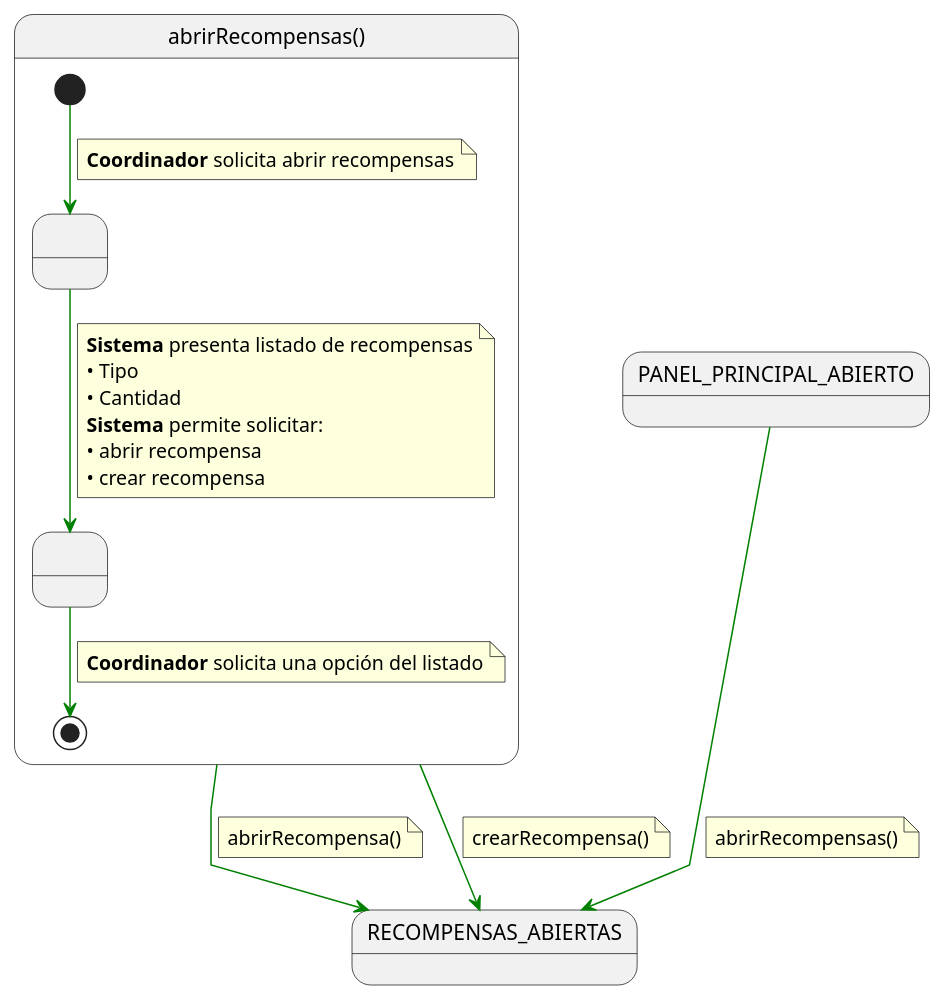
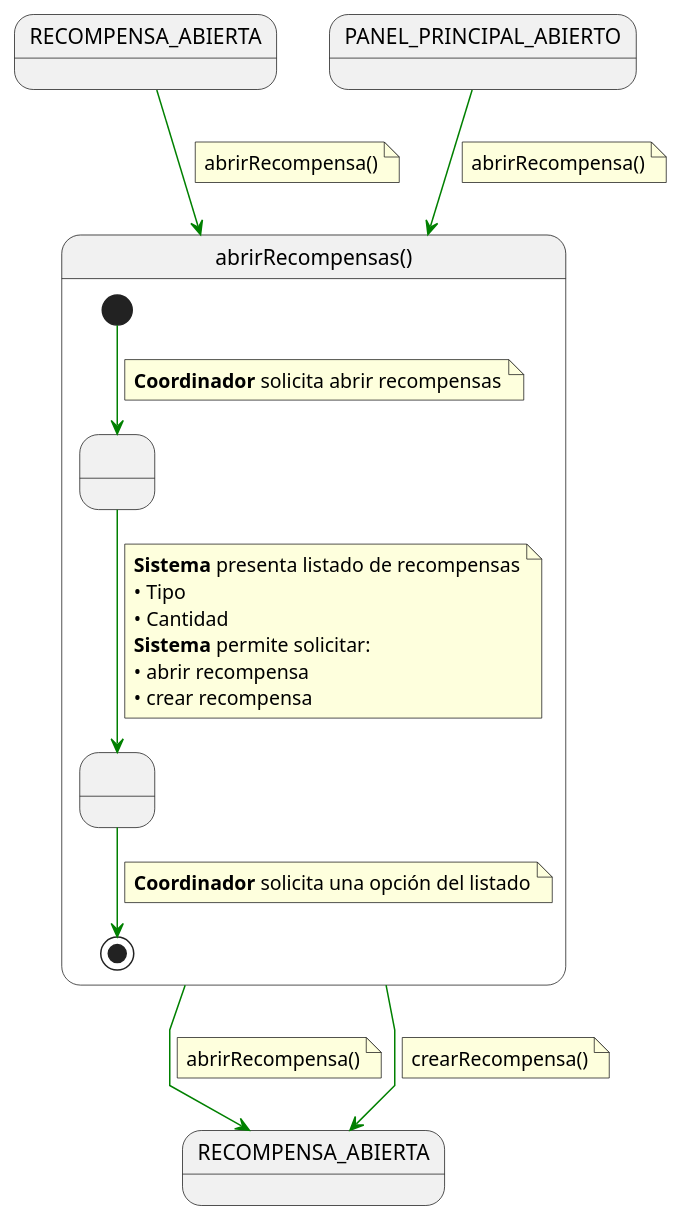
Before and after one commit to 31Diego/25-26-IdSw1-SdR: the diagram in documentación/CasosDeUso/Detalle/Coordinador/09-recompensas/abrirRecompensas.puml, drawn with PlantUML. The commit also changed 18 other files, not shown here.

```diff
--- a/documentación/CasosDeUso/Detalle/Coordinador/09-recompensas/abrirRecompensas.puml
+++ b/documentación/CasosDeUso/Detalle/Coordinador/09-recompensas/abrirRecompensas.puml
@@ -1,46 +1,54 @@
 @startuml abrirRecompensas
 
 skinparam linetype polyline
+
+state in1 as "RECOMPENSA_ABIERTA"
+in1 -[#green]-> abrirRecompensas
+note on link
+abrirRecompensa()
+end note
+
+state in2 as "PANEL_PRINCIPAL_ABIERTO"
+in2 -[#green]-> abrirRecompensas
+note on link
+abrirRecompensa()
+end note
 
 state abrirRecompensas as "abrirRecompensas()" {
 
     state " " as MostrandoListado
     state " " as FiltrandoListado
 
     [*] -[#green]-> MostrandoListado
     note on link
     <b>Coordinador</b> solicita abrir recompensas
     end note
 
     MostrandoListado -[#green]-> FiltrandoListado
     note on link
     <b>Sistema</b> presenta listado de recompensas
     • Tipo
     • Cantidad
     <b>Sistema</b> permite solicitar:
     • abrir recompensa
     • crear recompensa
     end note
 
     FiltrandoListado -[#green]-> [*]
     note on link
     <b>Coordinador</b> solicita una opción del listado
     end note
 }
 
-PANEL_PRINCIPAL_ABIERTO -[#green]-> RECOMPENSAS_ABIERTAS
-note on link
-abrirRecompensas()
-end note
 
-abrirRecompensas -[#green]-> RECOMPENSAS_ABIERTAS
+abrirRecompensas -[#green]-> RECOMPENSA_ABIERTA
 note on link
 abrirRecompensa()
 end note
 
-abrirRecompensas -[#green]-> RECOMPENSAS_ABIERTAS
+abrirRecompensas -[#green]-> RECOMPENSA_ABIERTA
 note on link
 crearRecompensa()
 end note
 
 @enduml
```
